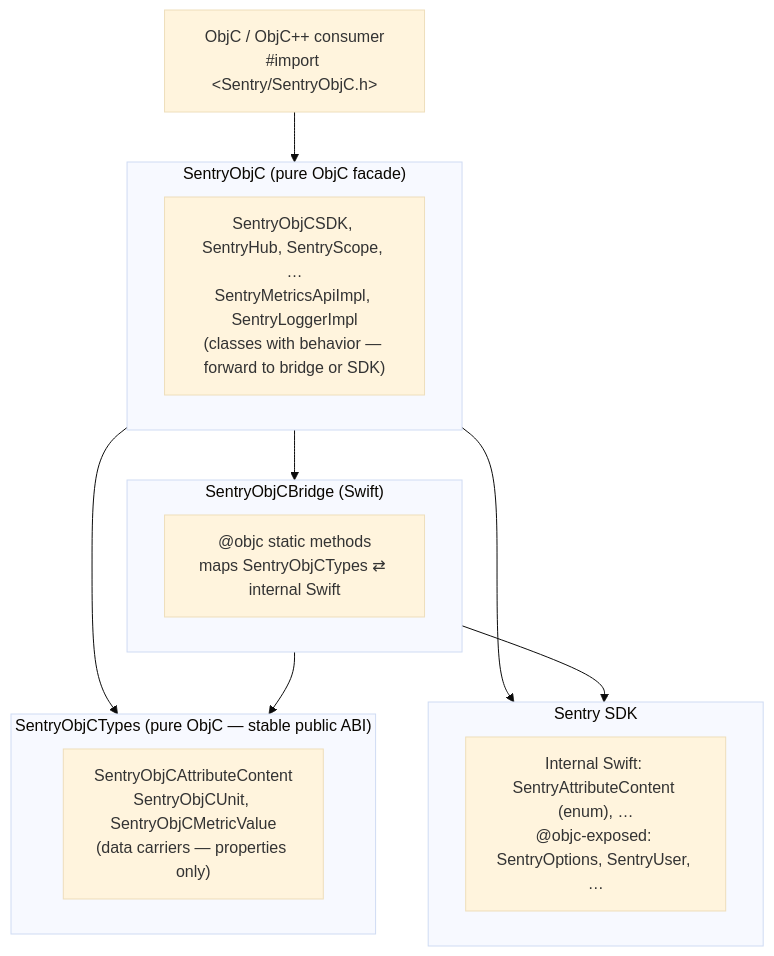
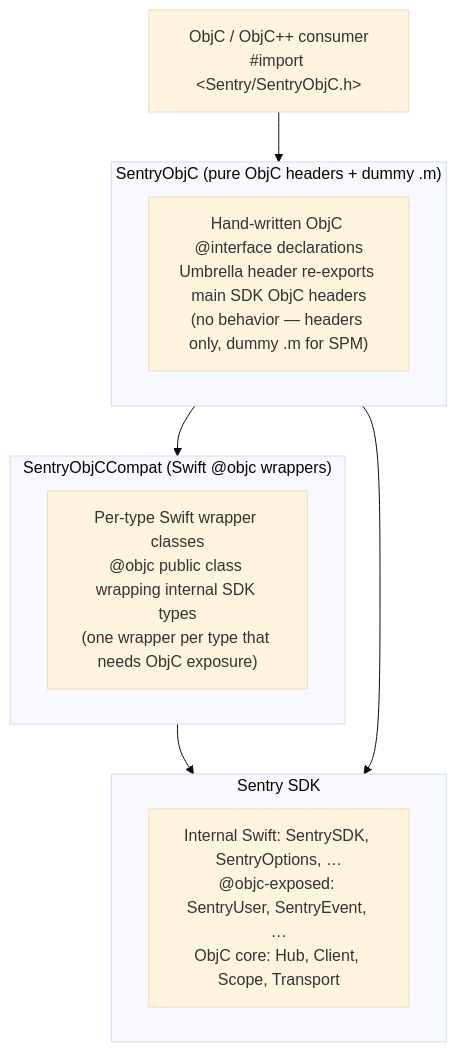
Before and after one commit to getsentry/sentry-cocoa: the diagram in develop-docs/SENTRY-OBJC.md, drawn with Mermaid (base theme). The commit also changed other lines of this file and 14 other files, not shown here.

First line of the commit message:
ref: rename SentryObjCBridge→SentryObjCCompat across project

````diff
--- a/develop-docs/SENTRY-OBJC.md
+++ b/develop-docs/SENTRY-OBJC.md
@@ -39,27 +39,21 @@
 ```mermaid
 graph TD
     Consumer["ObjC / ObjC++ consumer<br/>#import &lt;Sentry/SentryObjC.h&gt;"]
 
-    subgraph SentryObjC["SentryObjC (pure ObjC facade)"]
-        Facade["SentryObjCSDK, SentryHub, SentryScope, …<br/>SentryMetricsApiImpl, SentryLoggerImpl<br/>(classes with behavior — forward to bridge or SDK)"]
+    subgraph SentryObjC["SentryObjC (pure ObjC headers + dummy .m)"]
+        Headers["Hand-written ObjC @interface declarations<br/>Umbrella header re-exports main SDK ObjC headers<br/>(no behavior — headers only, dummy .m for SPM)"]
     end
 
-    subgraph SentryObjCBridge["SentryObjCBridge (Swift)"]
-        Bridge["@objc static methods<br/>maps SentryObjCTypes ⇄ internal Swift"]
-    end
-
-    subgraph SentryObjCTypes["SentryObjCTypes (pure ObjC — stable public ABI)"]
-        Types["SentryObjCAttributeContent<br/>SentryObjCUnit, SentryObjCMetricValue<br/>(data carriers — properties only)"]
+    subgraph SentryObjCCompat["SentryObjCCompat (Swift @objc wrappers)"]
+        Wrappers["Per-type Swift wrapper classes<br/>@objc public class wrapping internal SDK types<br/>(one wrapper per type that needs ObjC exposure)"]
     end
 
     subgraph Sentry["Sentry SDK"]
-        SDK["Internal Swift: SentryAttributeContent (enum), …<br/>@objc-exposed: SentryOptions, SentryUser, …"]
+        SDK["Internal Swift: SentrySDK, SentryOptions, …<br/>@objc-exposed: SentryUser, SentryEvent, …<br/>ObjC core: Hub, Client, Scope, Transport"]
     end
 
     Consumer --> SentryObjC
-    SentryObjC --> SentryObjCBridge
-    SentryObjC --> SentryObjCTypes
+    SentryObjC --> SentryObjCCompat
+    SentryObjCCompat --> Sentry
     SentryObjC --> Sentry
-    SentryObjCBridge --> SentryObjCTypes
-    SentryObjCBridge --> Sentry
 ```
````
